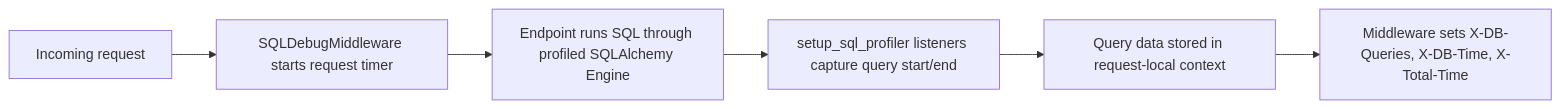
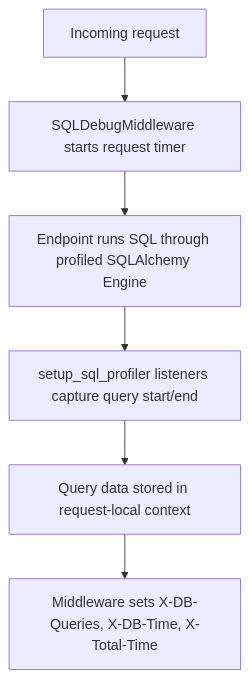
Before and after one commit to Nikolaev3Artem/fastapi-silk: the diagram in README.md, drawn with Mermaid. The commit also changed other lines of this file and 3 other files, not shown here.

````diff
--- a/README.md
+++ b/README.md
@@ -84,8 +91,8 @@
 ```mermaid
-flowchart LR
+flowchart TD
   A[Incoming request] --> B[SQLDebugMiddleware starts request timer]
   B --> C[Endpoint runs SQL through profiled SQLAlchemy Engine]
   C --> D[setup_sql_profiler listeners capture query start/end]
   D --> E[Query data stored in request-local context]
   E --> F[Middleware sets X-DB-Queries, X-DB-Time, X-Total-Time]
 ```
````
